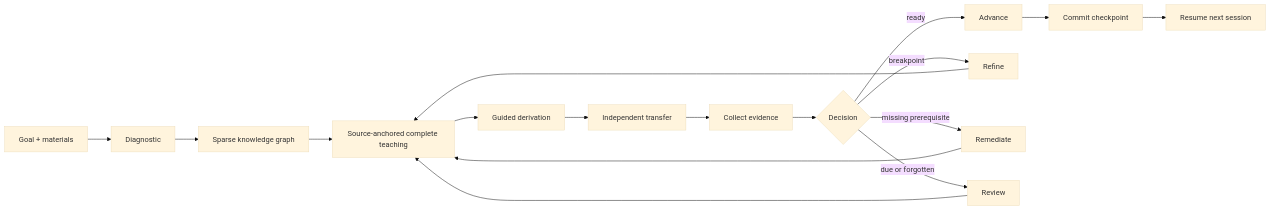
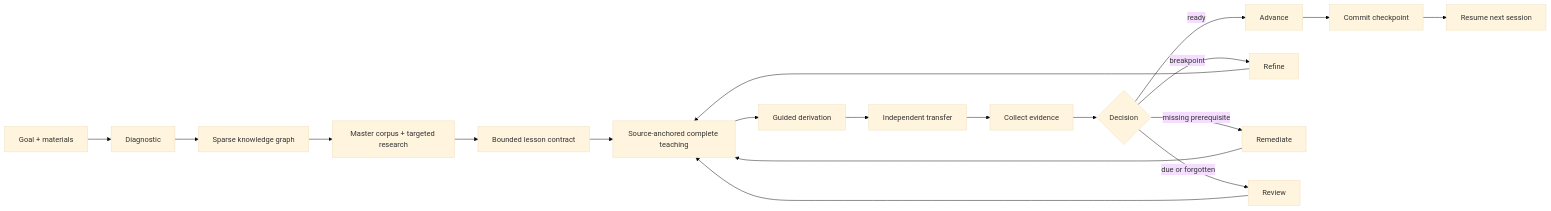
The diagram in README.md (iyohesohoka646-dotcom/learn-by-ai), drawn with Mermaid (base theme) before and after one commit. The commit also changed other lines of this file and 9 other files, not shown here.

First line of the commit message:
Add bounded research and flexible lesson planning

````diff
--- a/README.md
+++ b/README.md
@@ -77,19 +81,21 @@
 ```mermaid
 flowchart LR
     A["Goal + materials"] --> B["Diagnostic"]
     B --> C["Sparse knowledge graph"]
-    C --> D["Source-anchored complete teaching"]
+    C --> R["Master corpus + targeted research"]
+    R --> P["Bounded lesson contract"]
+    P --> D["Source-anchored complete teaching"]
     D --> D2["Guided derivation"]
     D2 --> D3["Independent transfer"]
     D3 --> E["Collect evidence"]
     E --> F{"Decision"}
     F -->|ready| G["Advance"]
     F -->|breakpoint| H["Refine"]
     F -->|missing prerequisite| I["Remediate"]
     F -->|due or forgotten| J["Review"]
     G --> K["Commit checkpoint"]
     H --> D
     I --> D
     J --> D
     K --> L["Resume next session"]
 ```
````
